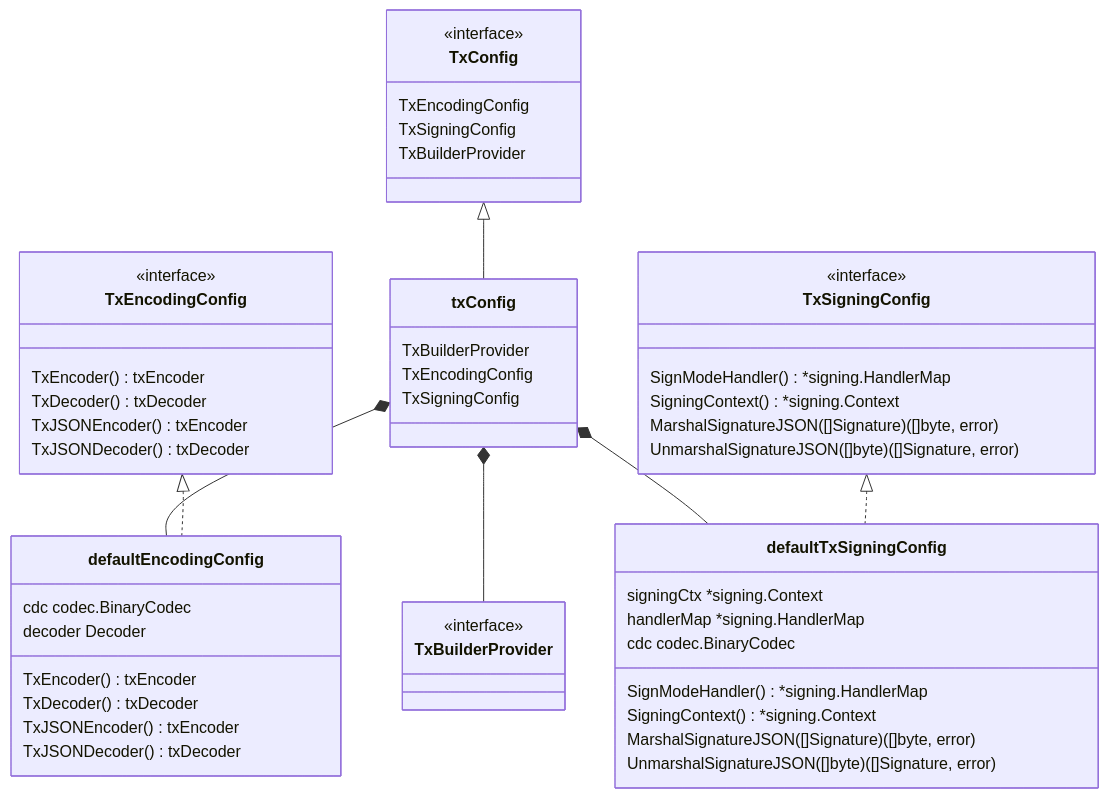
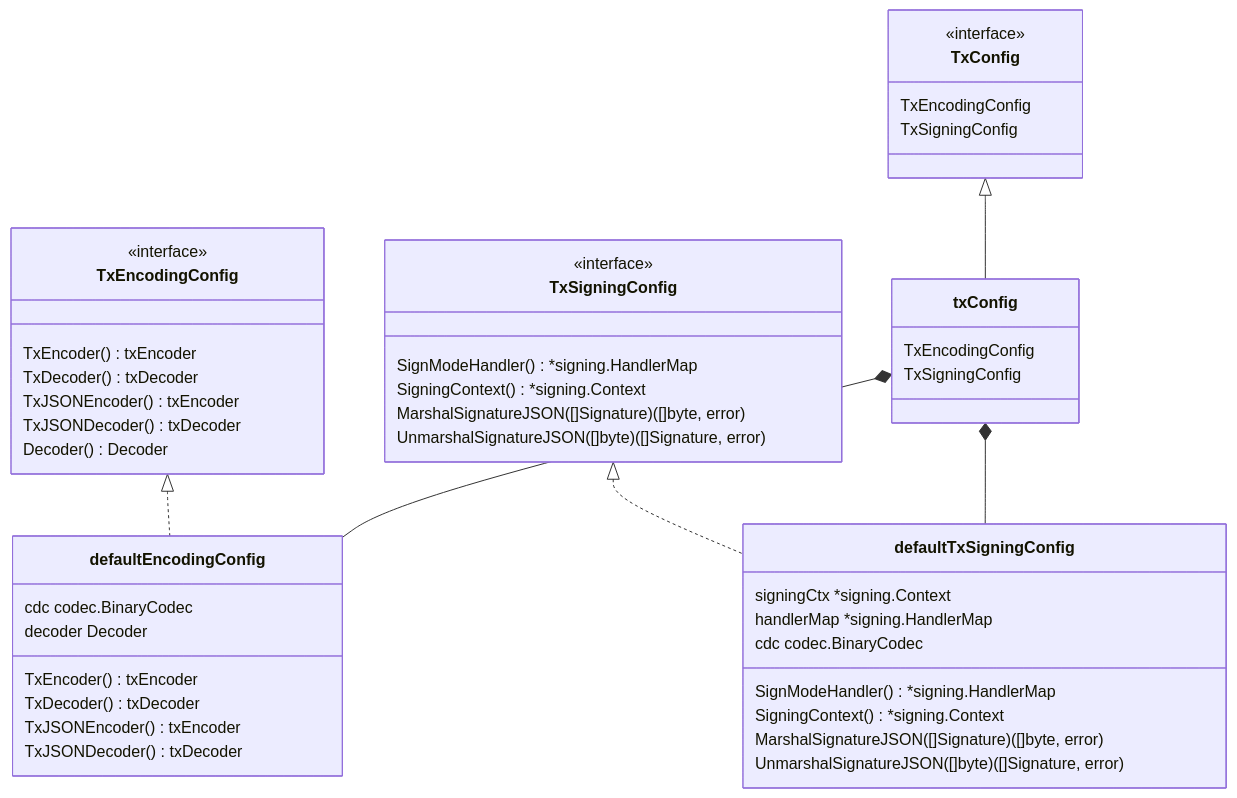
The second of 8 diagrams in client/v2/tx/README.md (cosmos/cosmos-sdk), drawn with Mermaid before and after one commit. The commit also changed other lines of this file and 6 other files, not shown here.

````diff
--- a/client/v2/tx/README.md
+++ b/client/v2/tx/README.md
@@ -39,61 +38,55 @@
 ```mermaid
 classDiagram
     class TxConfig {
         <<interface>>
         TxEncodingConfig
         TxSigningConfig
-        TxBuilderProvider
     }
 
     class TxEncodingConfig {
         <<interface>>
         TxEncoder() txEncoder
         TxDecoder() txDecoder
         TxJSONEncoder() txEncoder
         TxJSONDecoder() txDecoder
+        Decoder() Decoder
     }
 
     class TxSigningConfig {
         <<interface>>
         SignModeHandler() *signing.HandlerMap
         SigningContext() *signing.Context
         MarshalSignatureJSON([]Signature) ([]byte, error)
         UnmarshalSignatureJSON([]byte) ([]Signature, error)
     }
 
-    class TxBuilderProvider {
-        <<interface>>
-    }
-
     class txConfig {
-        TxBuilderProvider
         TxEncodingConfig
         TxSigningConfig
     }
 
     class defaultEncodingConfig {
         cdc codec.BinaryCodec
         decoder Decoder
         TxEncoder() txEncoder
         TxDecoder() txDecoder
         TxJSONEncoder() txEncoder
         TxJSONDecoder() txDecoder
     }
 
     class defaultTxSigningConfig {
         signingCtx *signing.Context
         handlerMap *signing.HandlerMap
         cdc codec.BinaryCodec
         SignModeHandler() *signing.HandlerMap
         SigningContext() *signing.Context
         MarshalSignatureJSON([]Signature) ([]byte, error)
         UnmarshalSignatureJSON([]byte) ([]Signature, error)
     }
 
     TxConfig <|-- txConfig
     TxEncodingConfig <|.. defaultEncodingConfig
     TxSigningConfig <|.. defaultTxSigningConfig
-    txConfig *-- TxBuilderProvider
     txConfig *-- defaultEncodingConfig
     txConfig *-- defaultTxSigningConfig
 ```
````
